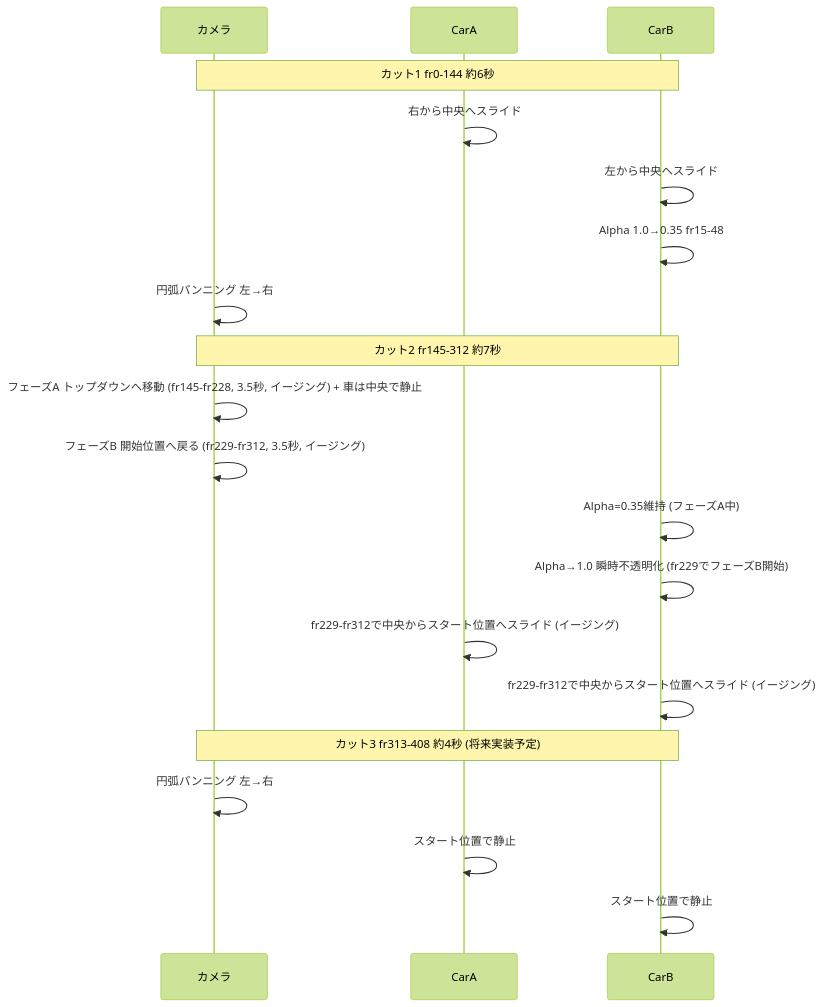
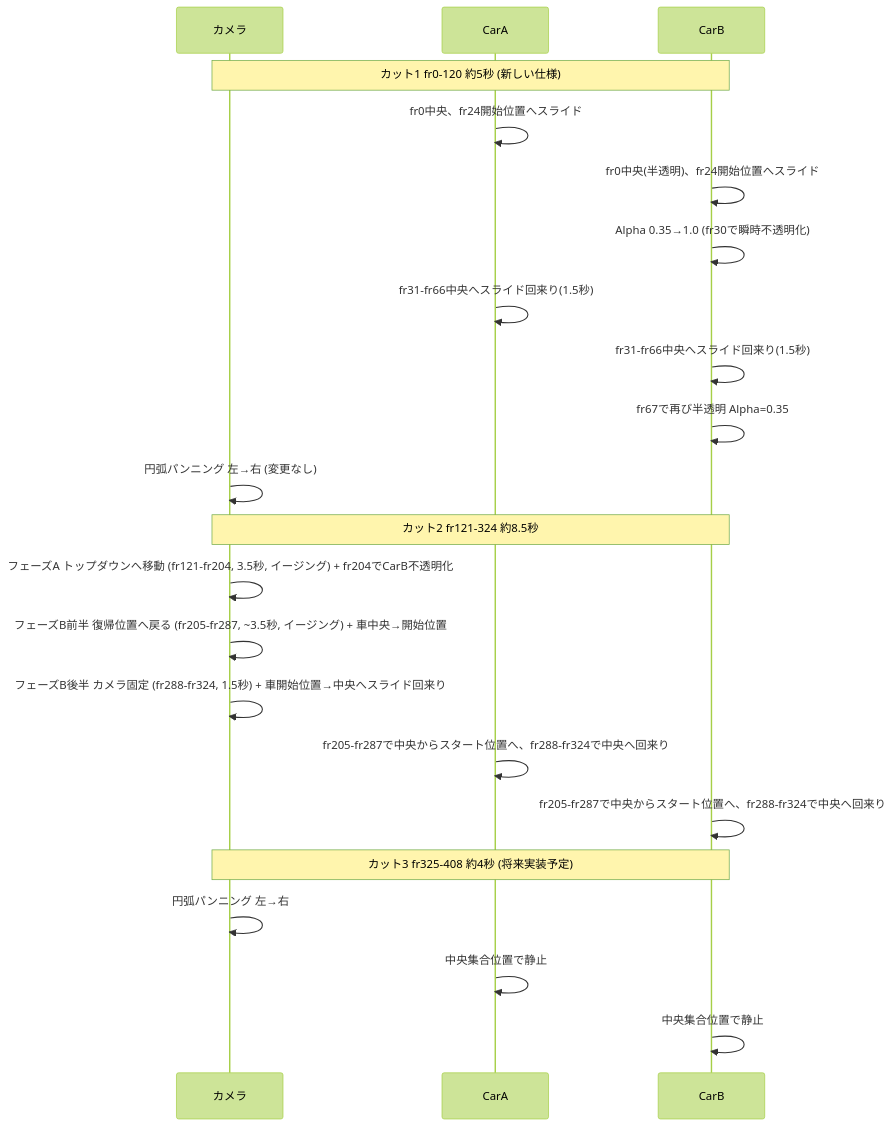
Before and after one commit to yookx450f/blender-vs-code: the diagram in plans/short2の仕様.md, drawn with Mermaid (forest theme). The commit also changed other lines of this file and 11 other files, not shown here.

````diff
--- a/plans/short2の仕様.md
+++ b/plans/short2の仕様.md
@@ -133,25 +142,27 @@
 ```mermaid
 sequenceDiagram
     participant カメラ
     participant CarA
     participant CarB
 
-    Note over カメラ,CarB: カット1 fr0-144 約6秒
-    CarA->>CarA: 右から中央へスライド
-    CarB->>CarB: 左から中央へスライド
-    CarB->>CarB: Alpha 1.0→0.35 fr15-48
+    Note over カメラ,CarB: カット1 fr0-120 約5秒 (新しい仕様)
+    CarA->>CarA: fr0中央、fr24開始位置へスライド
+    CarB->>CarB: fr0中央(半透明)、fr24開始位置へスライド
+    CarB->>CarB: Alpha 0.35→1.0 (fr30で瞬時不透明化)
+    CarA->>CarA: fr31-fr66中央へスライド回来り(1.5秒)
+    CarB->>CarB: fr31-fr66中央へスライド回来り(1.5秒)
+    CarB->>CarB: fr67で再び半透明 Alpha=0.35
+    カメラ->>カメラ: 円弧パンニング 左→右 (変更なし)
+
+    Note over カメラ,CarB: カット2 fr121-324 約8.5秒
+    カメラ->>カメラ: フェーズA トップダウンへ移動 (fr121-fr204, 3.5秒, イージング) + fr204でCarB不透明化
+    カメラ->>カメラ: フェーズB前半 復帰位置へ戻る (fr205-fr287, ~3.5秒, イージング) + 車中央→開始位置
+    カメラ->>カメラ: フェーズB後半 カメラ固定 (fr288-fr324, 1.5秒) + 車開始位置→中央へスライド回来り
+    CarA->>CarA: fr205-fr287で中央からスタート位置へ、fr288-fr324で中央へ回来り
+    CarB->>CarB: fr205-fr287で中央からスタート位置へ、fr288-fr324で中央へ回来り
+
+    Note over カメラ,CarB: カット3 fr325-408 約4秒 (将来実装予定)
     カメラ->>カメラ: 円弧パンニング 左→右
-
-    Note over カメラ,CarB: カット2 fr145-312 約7秒
-    カメラ->>カメラ: フェーズA トップダウンへ移動 (fr145-fr228, 3.5秒, イージング) + 車は中央で静止
-    カメラ->>カメラ: フェーズB 開始位置へ戻る (fr229-fr312, 3.5秒, イージング)
-    CarB->>CarB: Alpha=0.35維持 (フェーズA中)
-    CarB->>CarB: Alpha→1.0 瞬時不透明化 (fr229でフェーズB開始)
-    CarA->>CarA: fr229-fr312で中央からスタート位置へスライド (イージング)
-    CarB->>CarB: fr229-fr312で中央からスタート位置へスライド (イージング)
-
-    Note over カメラ,CarB: カット3 fr313-408 約4秒 (将来実装予定)
-    カメラ->>カメラ: 円弧パンニング 左→右
-    CarA->>CarA: スタート位置で静止
-    CarB->>CarB: スタート位置で静止
+    CarA->>CarA: 中央集合位置で静止
+    CarB->>CarB: 中央集合位置で静止
 ```
````
